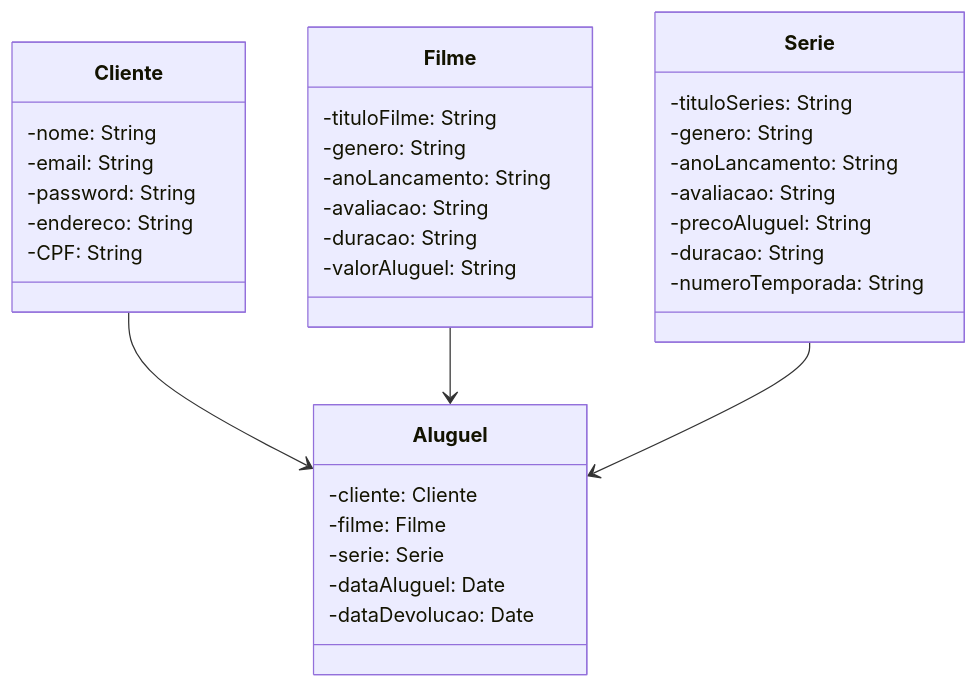
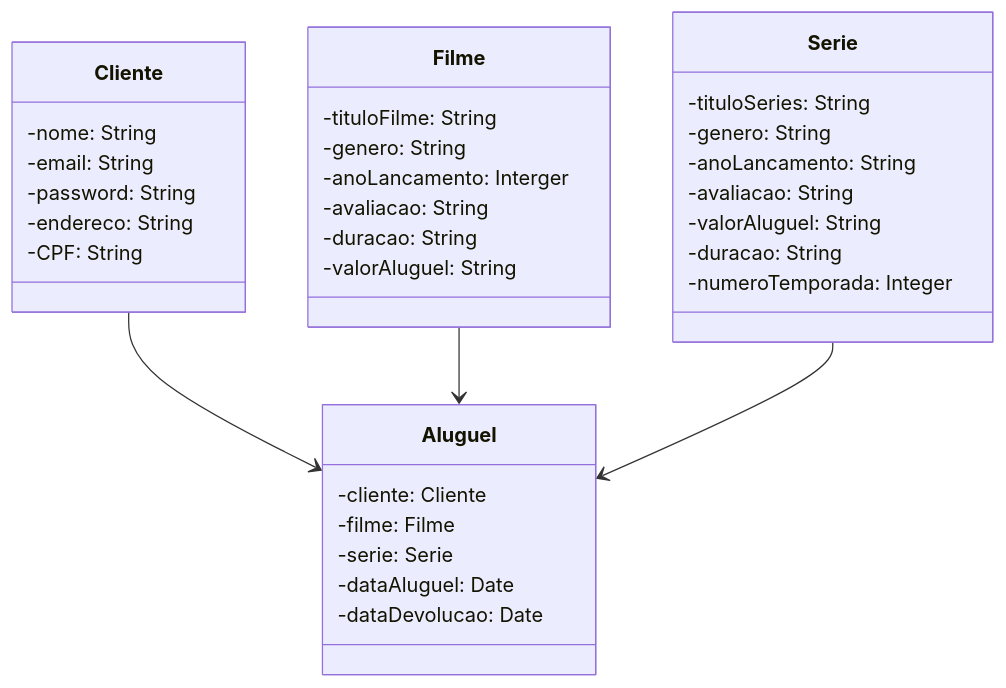
The diagram in README.md (ooArthur/projetoLumierre_JavaWeb), drawn with Mermaid before and after one commit.

````diff
--- a/README.md
+++ b/README.md
@@ -29,43 +29,43 @@
 ```mermaid
 classDiagram
   class Cliente {
     -nome: String
     -email: String
     -password: String
     -endereco: String
     -CPF: String
   }
 
   class Filme {
     -tituloFilme: String
     -genero: String
-    -anoLancamento: String
+    -anoLancamento: Interger
     -avaliacao: String
     -duracao: String
     -valorAluguel: String
   }
 
   class Serie {
     -tituloSeries: String
     -genero: String
     -anoLancamento: String
     -avaliacao: String
-    -precoAluguel: String
+    -valorAluguel: String
     -duracao: String
-    -numeroTemporada: String
+    -numeroTemporada: Integer
   }
 
   class Aluguel {
     -cliente: Cliente
     -filme: Filme
     -serie: Serie
     -dataAluguel: Date
     -dataDevolucao: Date
   }
 
   Cliente --> Aluguel
   Filme --> Aluguel
   Serie --> Aluguel
 
 
 ```
````
